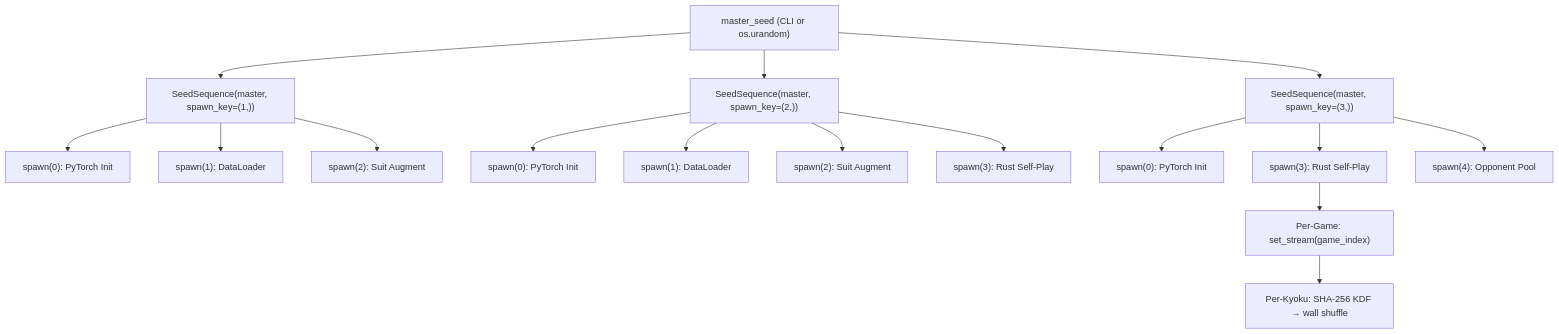
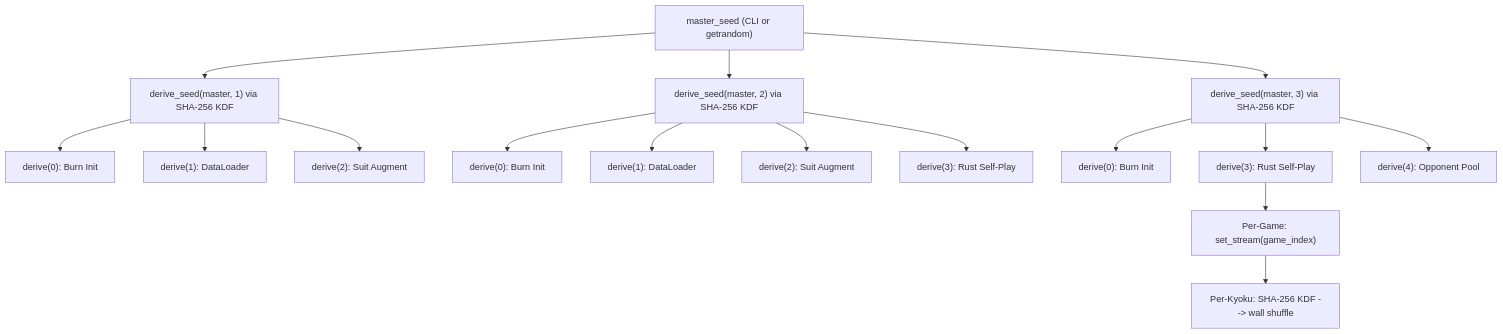
Before and after one commit to NikkeTryHard/hydra: the diagram in research/SEEDING.md, drawn with Mermaid. The commit also changed other lines of this file and 6 other files, not shown here.

````diff
--- a/research/SEEDING.md
+++ b/research/SEEDING.md
@@ -47,23 +47,23 @@
 ```mermaid
 graph TD
-    MASTER["master_seed (CLI or os.urandom)"]
-    MASTER --> P1["SeedSequence(master, spawn_key=(1,))"]
-    MASTER --> P2["SeedSequence(master, spawn_key=(2,))"]
-    MASTER --> P3["SeedSequence(master, spawn_key=(3,))"]
+    MASTER["master_seed (CLI or getrandom)"]
+    MASTER --> P1["derive_seed(master, 1) via SHA-256 KDF"]
+    MASTER --> P2["derive_seed(master, 2) via SHA-256 KDF"]
+    MASTER --> P3["derive_seed(master, 3) via SHA-256 KDF"]
 
-    P1 --> S0_1["spawn(0): PyTorch Init"]
-    P1 --> S1_1["spawn(1): DataLoader"]
-    P1 --> S2_1["spawn(2): Suit Augment"]
+    P1 --> S0_1["derive(0): Burn Init"]
+    P1 --> S1_1["derive(1): DataLoader"]
+    P1 --> S2_1["derive(2): Suit Augment"]
 
-    P2 --> S0_2["spawn(0): PyTorch Init"]
-    P2 --> S1_2["spawn(1): DataLoader"]
-    P2 --> S2_2["spawn(2): Suit Augment"]
-    P2 --> S3_2["spawn(3): Rust Self-Play"]
+    P2 --> S0_2["derive(0): Burn Init"]
+    P2 --> S1_2["derive(1): DataLoader"]
+    P2 --> S2_2["derive(2): Suit Augment"]
+    P2 --> S3_2["derive(3): Rust Self-Play"]
 
-    P3 --> S0_3["spawn(0): PyTorch Init"]
-    P3 --> S3_3["spawn(3): Rust Self-Play"]
-    P3 --> S4_3["spawn(4): Opponent Pool"]
+    P3 --> S0_3["derive(0): Burn Init"]
+    P3 --> S3_3["derive(3): Rust Self-Play"]
+    P3 --> S4_3["derive(4): Opponent Pool"]
 
     S3_3 --> GAME["Per-Game: set_stream(game_index)"]
-    GAME --> KYOKU["Per-Kyoku: SHA-256 KDF → wall shuffle"]
+    GAME --> KYOKU["Per-Kyoku: SHA-256 KDF --> wall shuffle"]
 ```
````
